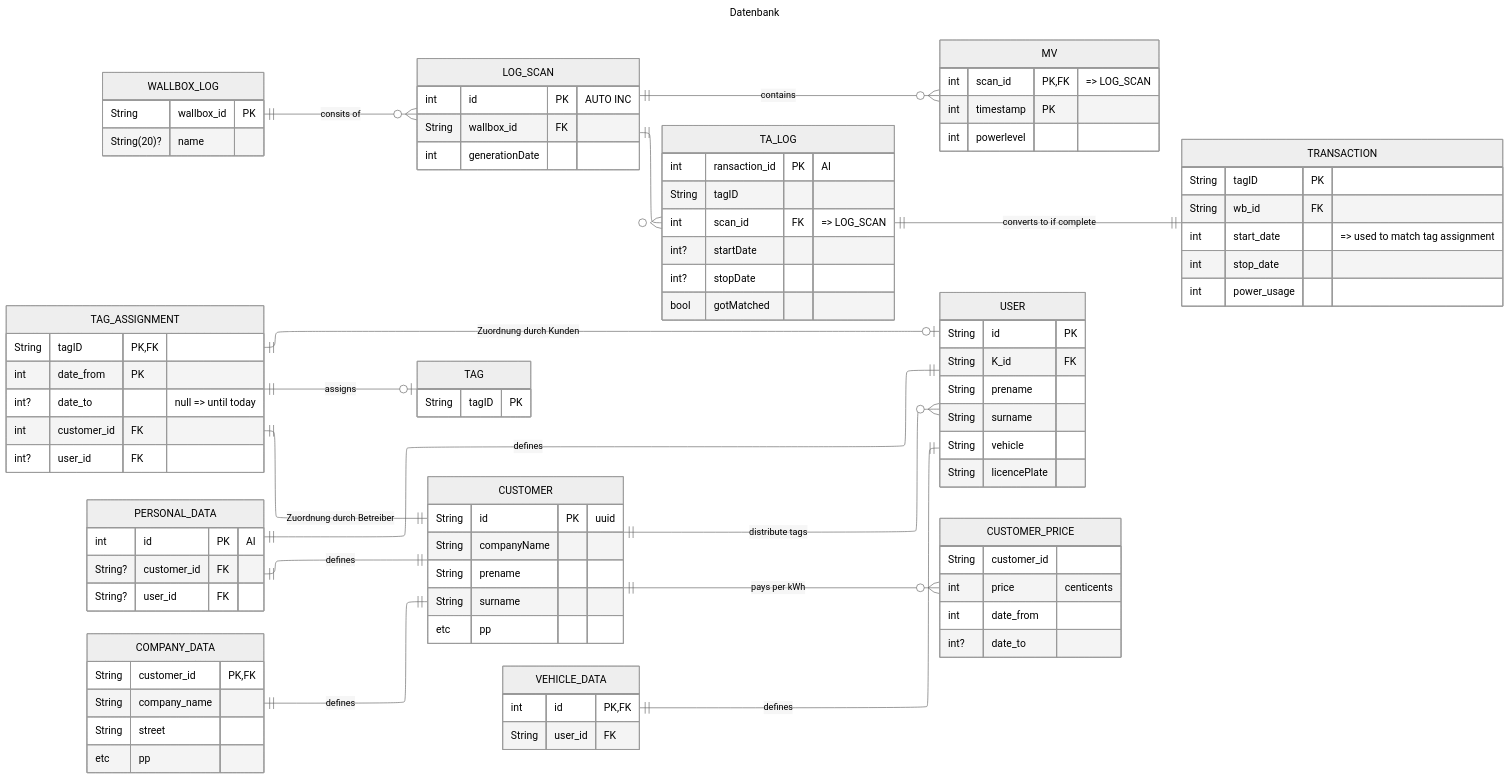
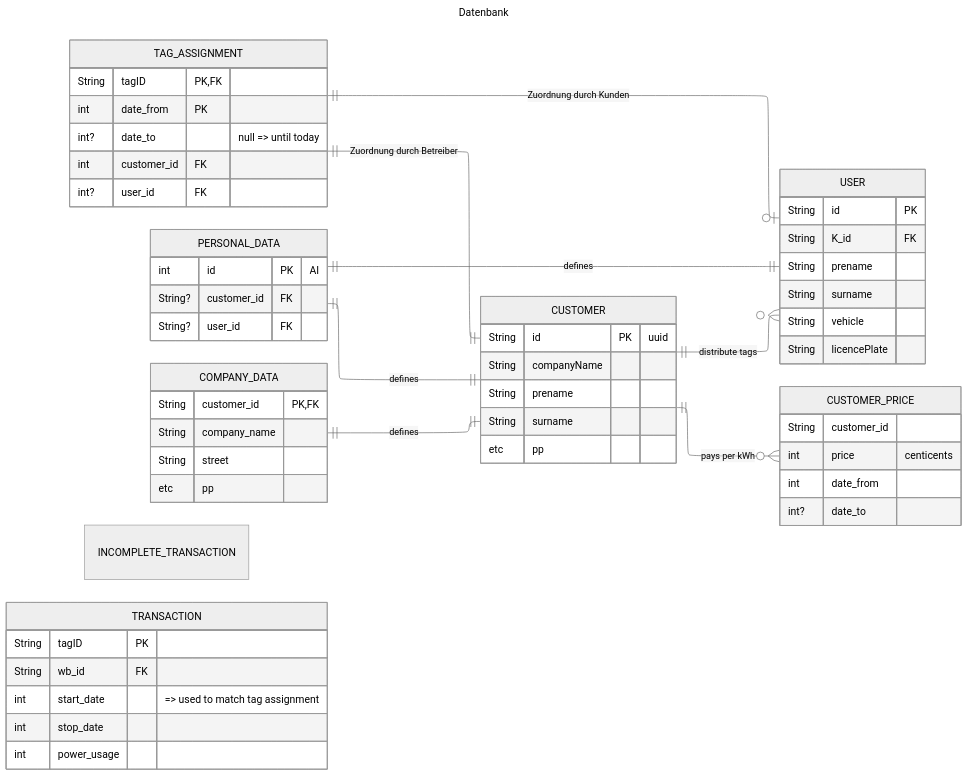
One commit to TheGreedyGoat/wall_box_2 changed the diagram in planning/data_model.mmd. Above: the diagram before and after it, drawn with Mermaid (neutral theme). The commit also changed 30 other files, not shown here.

```diff
--- a/planning/data_model.mmd
+++ b/planning/data_model.mmd
@@ -1,121 +1,93 @@
 ---
 title: Datenbank
 config:
     layout: elk
 ---
 
 erDiagram
     direction LR
     
-    WALLBOX_LOG ||--o{ LOG_SCAN: "consits of"
-    LOG_SCAN ||--o{ MV : "contains"
-    LOG_SCAN ||--o{ TA_LOG: ""
+    %% WALLBOX_LOG ||--o{ LOG_SCAN: "consits of"
+    %% LOG_SCAN ||--o{ MV : "contains"
+    %% LOG_SCAN ||--o{ TA_LOG: ""
 
-    TA_LOG ||--|| TRANSACTION: "converts to if complete"
-    %% TRANSACTION ||--|| TAG_ASSIGNMENT: ""
-    TAG_ASSIGNMENT ||--o| TAG:"assigns"
+    %% TA_LOG ||--|| TRANSACTION: "converts to if complete"
+    %% %% TRANSACTION ||--|| TAG_ASSIGNMENT: ""
+    %% TAG_ASSIGNMENT ||--o| TAG:"assigns"
+
+    
 
     CUSTOMER ||--o{ USER: "distribute tags"
     CUSTOMER ||--O{ CUSTOMER_PRICE: "pays per kWh"
 
     TAG_ASSIGNMENT ||--|| CUSTOMER:"Zuordnung durch Betreiber"
     TAG_ASSIGNMENT ||--o| USER: "Zuordnung durch Kunden"
 
     PERSONAL_DATA ||--|| CUSTOMER : "defines"
     COMPANY_DATA ||--|| CUSTOMER : "defines"
 
     PERSONAL_DATA ||--|| USER : "defines"
-    VEHICLE_DATA ||--|| USER : "defines"
-   
-
-    WALLBOX_LOG{
-        String wallbox_id PK
-        String(20)? name 
+    
+    INCOMPLETE_TRANSACTION{
 
     }
-    LOG_SCAN{
-        int id PK "AUTO INC"
-        String wallbox_id FK
-        int generationDate
-    }
-
-    MV{
-        int scan_id PK, FK "=> LOG_SCAN"
-        int timestamp PK
-        int powerlevel
-    }
-
-    TA_LOG{
-        int ransaction_id PK "AI"
-        String tagID
-        int scan_id FK "=> LOG_SCAN"
-        int? startDate
-        int? stopDate
-
-        bool gotMatched
-
-    }
-
     TRANSACTION{
         String tagID PK
         String wb_id FK
         int start_date "=> used to match tag assignment"
         int stop_date 
         int power_usage
     }
     
     TAG_ASSIGNMENT{
         String tagID PK,FK
         int date_from PK
         int? date_to "null => until today"
         int customer_id FK
         int? user_id FK
     }
 
     
     CUSTOMER{
         String id PK  "uuid"
         String companyName
 
         String prename
         String surname
         etc pp
     }
 
     CUSTOMER_PRICE{
         String customer_id
         int price "centicents"
         int date_from
         int? date_to
     }
 
     USER{
         String id PK
         String K_id FK
         String prename
         String surname
 
         String vehicle
         String licencePlate
     }
-    TAG {
-        String tagID PK
-    }
 
     COMPANY_DATA{
         String customer_id PK, FK
         String company_name
         String street 
         etc pp
     }
     PERSONAL_DATA{
         int id PK "AI"
         String? customer_id FK
         String? user_id FK
     }
-    VEHICLE_DATA{
-        int id PK, FK
-        String user_id FK
-    }
+    %% VEHICLE_DATA{
+    %%     int id PK, FK
+    %%     String user_id FK
+    %% }
 
 %% classDef default fill:#f9f,stroke-width:4px
```
